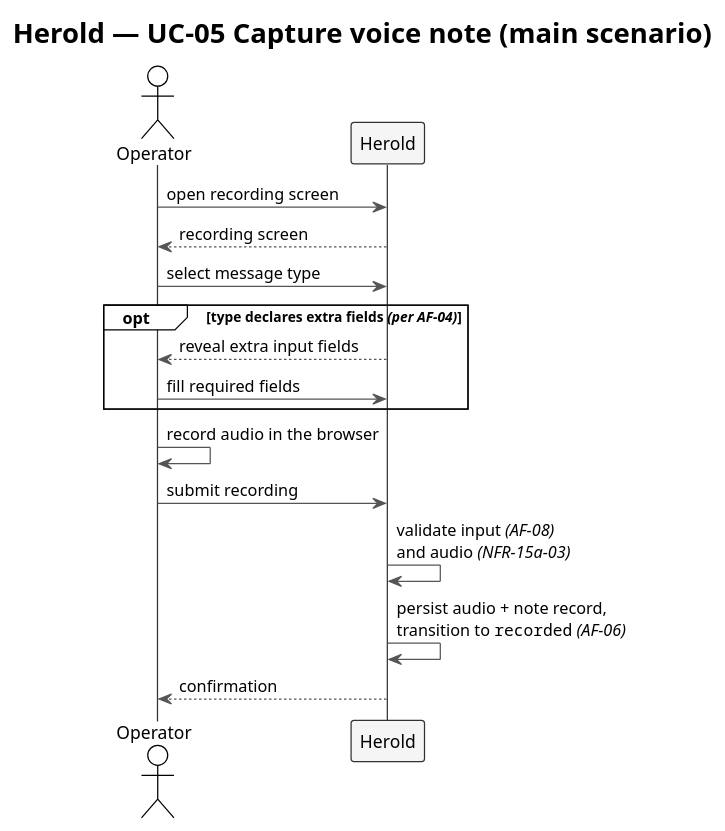
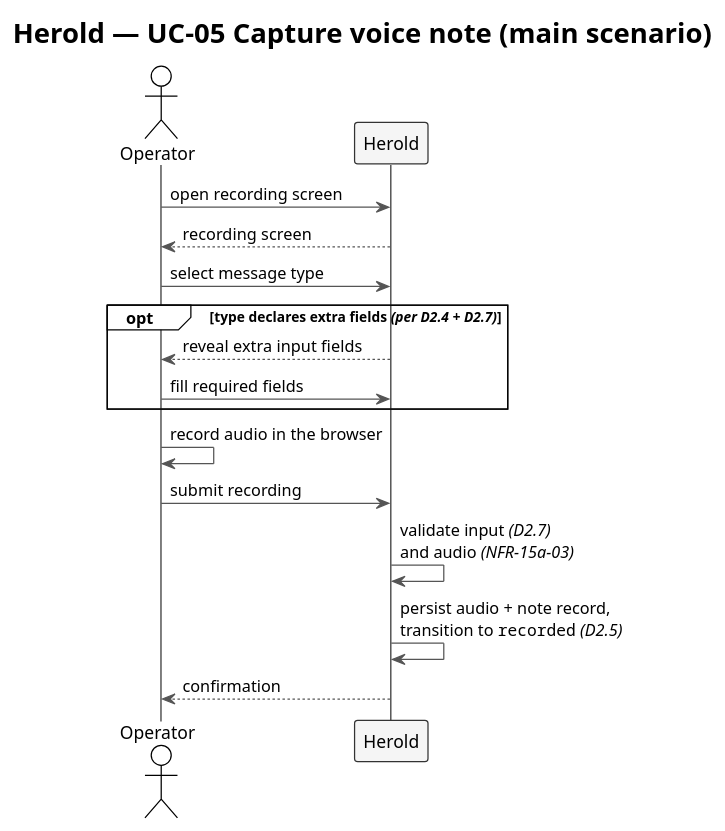
One commit to carstenlucke/herold changed the diagram in docs/spec/diagrams/f2-uc05-capture-note.plantuml. Above: the diagram before and after it, drawn with PlantUML. The commit also changed 13 other files, not shown here.

```diff
--- a/docs/spec/diagrams/f2-uc05-capture-note.plantuml
+++ b/docs/spec/diagrams/f2-uc05-capture-note.plantuml
@@ -1,31 +1,31 @@
 @startuml f2-uc05-capture-note
 !theme plain
 skinparam shadowing false
 skinparam ArrowColor #555555
 skinparam SequenceLifeLineBorderColor #333333
 skinparam SequenceParticipantBorderColor #333333
 skinparam SequenceParticipantBackgroundColor #F5F5F5
 skinparam SequenceReferenceBackgroundColor #F0E8FF
 skinparam SequenceGroupBodyBackgroundColor transparent
 
 title Herold — UC-05 Capture voice note (main scenario)
 
 actor    "Operator" as OP
 participant "Herold"  as SYS
 
 OP  ->  SYS : open recording screen
 SYS --> OP  : recording screen
 
 OP  ->  SYS : select message type
-opt type declares extra fields //(per AF-04)//
+opt type declares extra fields //(per D2.4 + D2.7)//
   SYS --> OP  : reveal extra input fields
   OP  ->  SYS : fill required fields
 end
 
 OP  ->  OP  : record audio in the browser
 OP  ->  SYS : submit recording
-SYS ->  SYS : validate input //(AF-08)//\nand audio //(NFR-15a-03)//
-SYS ->  SYS : persist audio + note record,\ntransition to ""recorded"" //(AF-06)//
+SYS ->  SYS : validate input //(D2.7)//\nand audio //(NFR-15a-03)//
+SYS ->  SYS : persist audio + note record,\ntransition to ""recorded"" //(D2.5)//
 SYS --> OP  : confirmation
 
 @enduml
```
